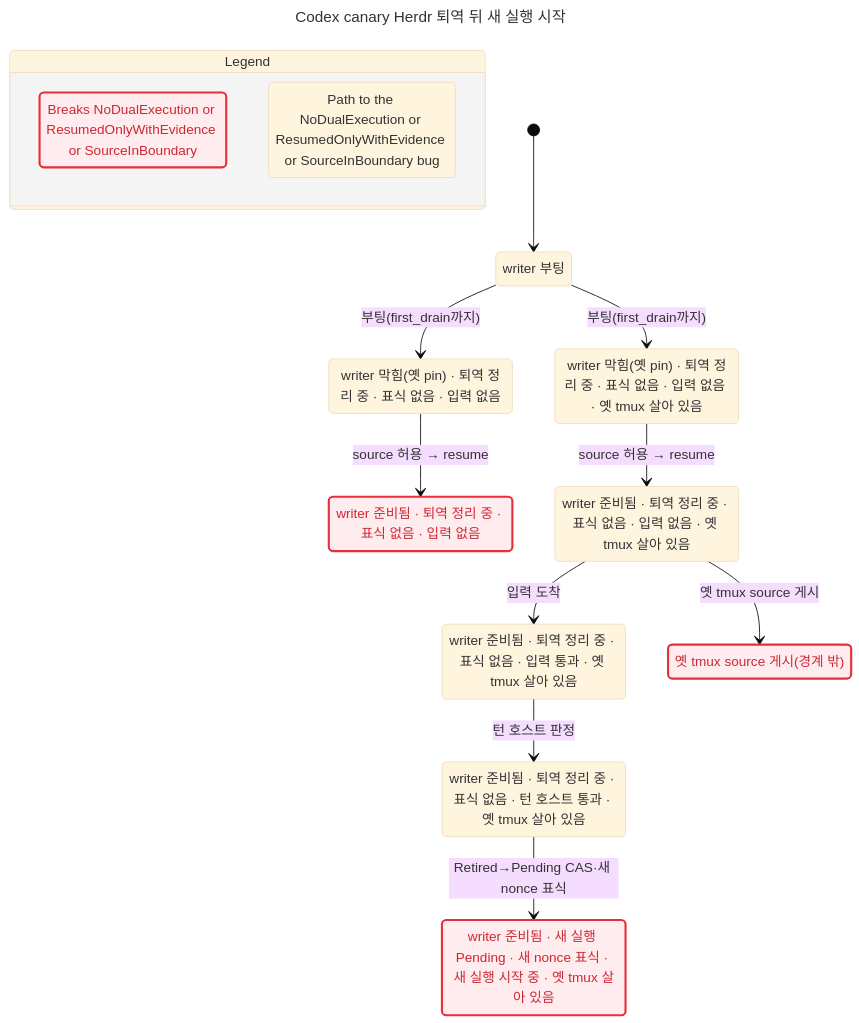
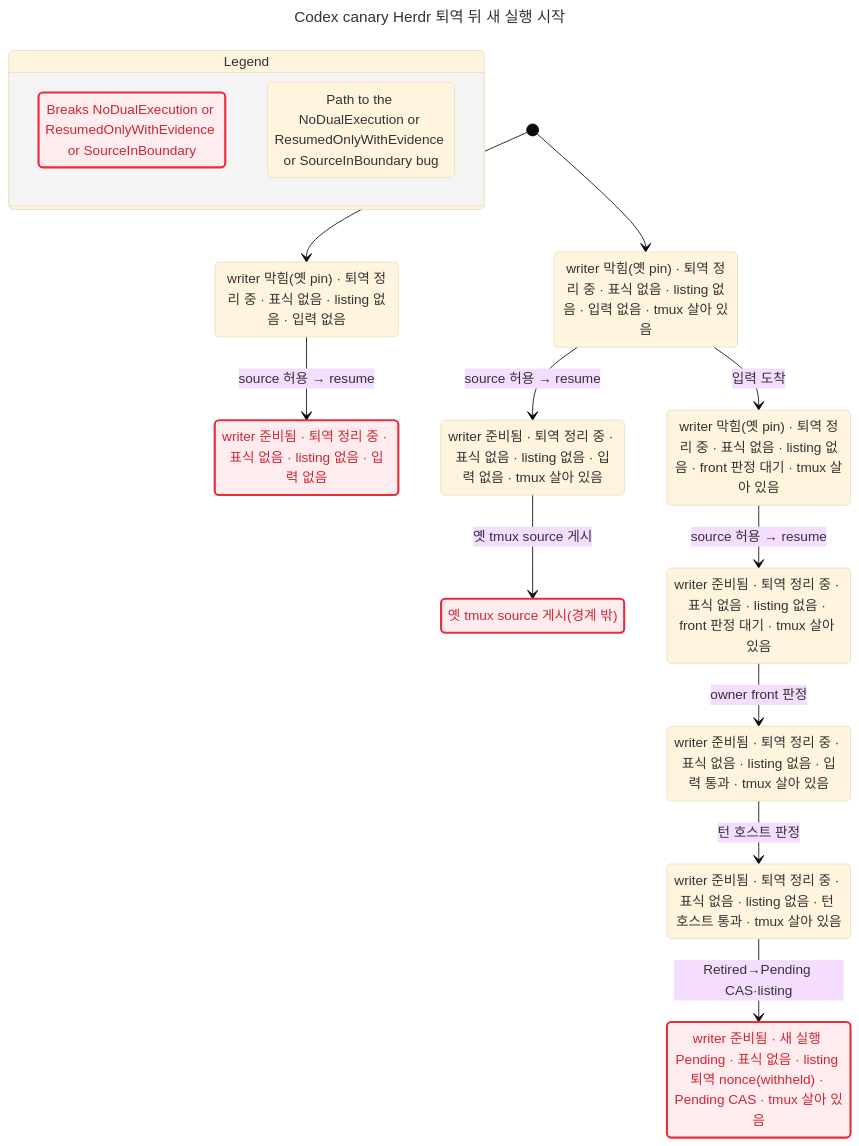
The diagram in docs/statecharts/session-lifecycle/codex-herdr-bootstrap-mut-pin-drop.chart.mmd (itismyfield/AgentDesk), drawn with Mermaid (base theme) before and after one commit. The commit also changed 27 other files, not shown here.

```diff
--- a/docs/statecharts/session-lifecycle/codex-herdr-bootstrap-mut-pin-drop.chart.mmd
+++ b/docs/statecharts/session-lifecycle/codex-herdr-bootstrap-mut-pin-drop.chart.mmd
@@ -1,41 +1,44 @@
 ---
 title: "Codex canary Herdr 퇴역 뒤 새 실행 시작"
 ---
 stateDiagram-v2
   state "Legend" as legend {
     lg0: Breaks NoDualExecution or ResumedOnlyWithEvidence or SourceInBoundary
     lg1: Path to the NoDualExecution or ResumedOnlyWithEvidence or SourceInBoundary bug
   }
   class lg0 breaks
   class lg1 bugPath
-  s0: writer 부팅
-  s1: writer 막힘(옛 pin) #183; 퇴역 정리 중 #183; 표식 없음 #183; 입력 없음
-  s2: writer 막힘(옛 pin) #183; 퇴역 정리 중 #183; 표식 없음 #183; 입력 없음 #183; 옛 tmux 살아 있음
-  s3: writer 준비됨 #183; 퇴역 정리 중 #183; 표식 없음 #183; 입력 없음
-  s4: writer 준비됨 #183; 퇴역 정리 중 #183; 표식 없음 #183; 입력 없음 #183; 옛 tmux 살아 있음
-  s5: writer 준비됨 #183; 퇴역 정리 중 #183; 표식 없음 #183; 입력 통과 #183; 옛 tmux 살아 있음
-  s6: 옛 tmux source 게시(경계 밖)
-  s7: writer 준비됨 #183; 퇴역 정리 중 #183; 표식 없음 #183; 턴 호스트 통과 #183; 옛 tmux 살아 있음
-  s8: writer 준비됨 #183; 새 실행 Pending #183; 새 nonce 표식 #183; 새 실행 시작 중 #183; 옛 tmux 살아 있음
+  s0: writer 막힘(옛 pin) #183; 퇴역 정리 중 #183; 표식 없음 #183; listing 없음 #183; 입력 없음
+  s1: writer 막힘(옛 pin) #183; 퇴역 정리 중 #183; 표식 없음 #183; listing 없음 #183; 입력 없음 #183; tmux 살아 있음
+  s2: writer 준비됨 #183; 퇴역 정리 중 #183; 표식 없음 #183; listing 없음 #183; 입력 없음
+  s3: writer 준비됨 #183; 퇴역 정리 중 #183; 표식 없음 #183; listing 없음 #183; 입력 없음 #183; tmux 살아 있음
+  s4: writer 막힘(옛 pin) #183; 퇴역 정리 중 #183; 표식 없음 #183; listing 없음 #183; front 판정 대기 #183; tmux 살아 있음
+  s5: 옛 tmux source 게시(경계 밖)
+  s6: writer 준비됨 #183; 퇴역 정리 중 #183; 표식 없음 #183; listing 없음 #183; front 판정 대기 #183; tmux 살아 있음
+  s7: writer 준비됨 #183; 퇴역 정리 중 #183; 표식 없음 #183; listing 없음 #183; 입력 통과 #183; tmux 살아 있음
+  s8: writer 준비됨 #183; 퇴역 정리 중 #183; 표식 없음 #183; listing 없음 #183; 턴 호스트 통과 #183; tmux 살아 있음
+  s9: writer 준비됨 #183; 새 실행 Pending #183; 표식 없음 #183; listing 퇴역 nonce(withheld) #183; Pending CAS #183; tmux 살아 있음
   [*] --> s0
-  s0 --> s1: 부팅(first_drain까지)
-  s0 --> s2: 부팅(first_drain까지)
+  [*] --> s1
+  s0 --> s2: source 허용 #8594; resume
   s1 --> s3: source 허용 #8594; resume
-  s2 --> s4: source 허용 #8594; resume
-  s4 --> s5: 입력 도착
-  s4 --> s6: 옛 tmux source 게시
-  s5 --> s7: 턴 호스트 판정
-  s7 --> s8: Retired#8594;Pending CAS#183;새 nonce 표식
+  s1 --> s4: 입력 도착
+  s3 --> s5: 옛 tmux source 게시
+  s4 --> s6: source 허용 #8594; resume
+  s6 --> s7: owner front 판정
+  s7 --> s8: 턴 호스트 판정
+  s8 --> s9: Retired#8594;Pending CAS#183;listing
   classDef breaks fill:#ffecee,stroke:#e72e3b,stroke-width:2.5px,color:#cd2834
   class s0 bugPath
   class s1 bugPath
+  class s2 breaks
   class s2 bugPath
-  class s3 breaks
   class s3 bugPath
   class s4 bugPath
+  class s5 breaks
   class s5 bugPath
-  class s6 breaks
   class s6 bugPath
   class s7 bugPath
-  class s8 breaks
   class s8 bugPath
+  class s9 breaks
+  class s9 bugPath
```
